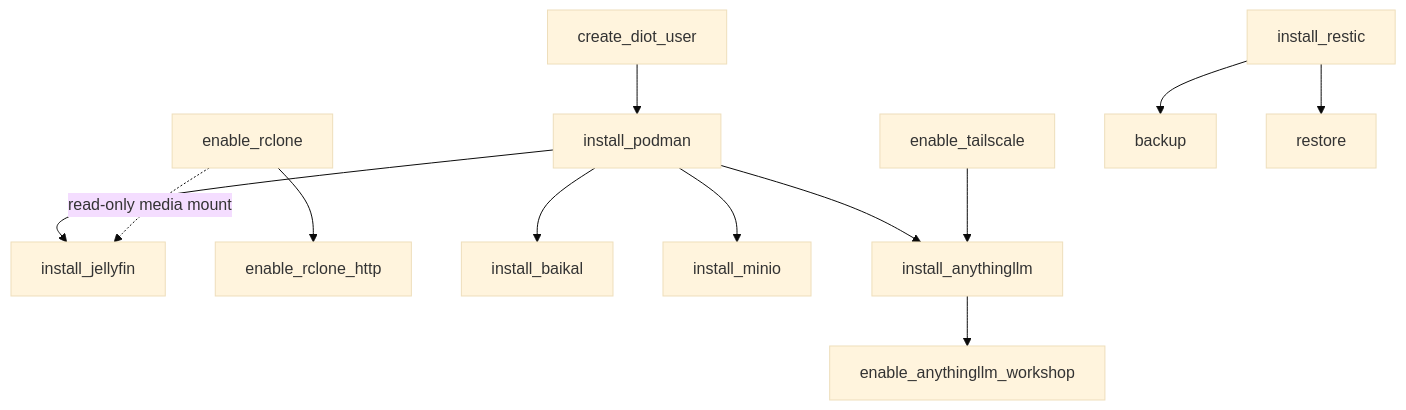
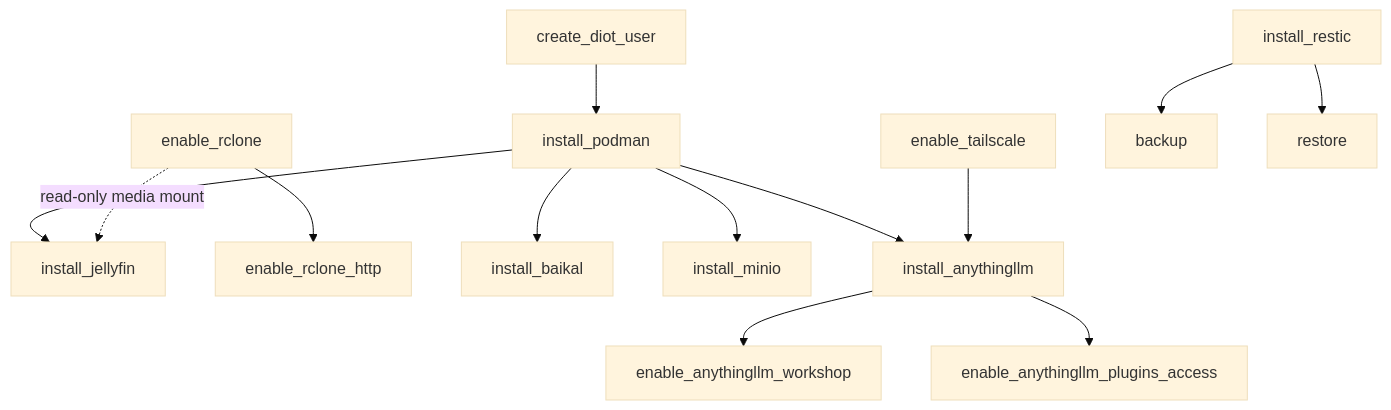
One commit to BinaryBand/strata changed the diagram in README.md. Above: the diagram before and after it, drawn with Mermaid (base theme). The commit also changed other lines of this file and 5 other files, not shown here.

First line of the commit message:
feat(services): add enable_anythingllm_plugins_access runbook

````diff
--- a/README.md
+++ b/README.md
@@ -96,14 +96,15 @@
 ```mermaid
 flowchart TD
     diot[create_diot_user] --> podman[install_podman]
     podman --> jellyfin[install_jellyfin]
     rclone[enable_rclone] -. read-only media mount .-> jellyfin
     rclone --> rclone_http[enable_rclone_http]
     podman --> baikal[install_baikal]
     podman --> minio[install_minio]
     podman --> anythingllm[install_anythingllm]
     tailscale[enable_tailscale] --> anythingllm
     anythingllm --> anythingllm_workshop[enable_anythingllm_workshop]
+    anythingllm --> anythingllm_plugins_access[enable_anythingllm_plugins_access]
     restic[install_restic] --> backup[backup]
     restic --> restore[restore]
 ```
````
